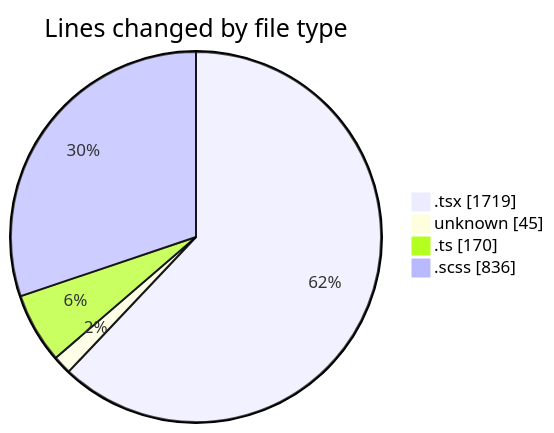
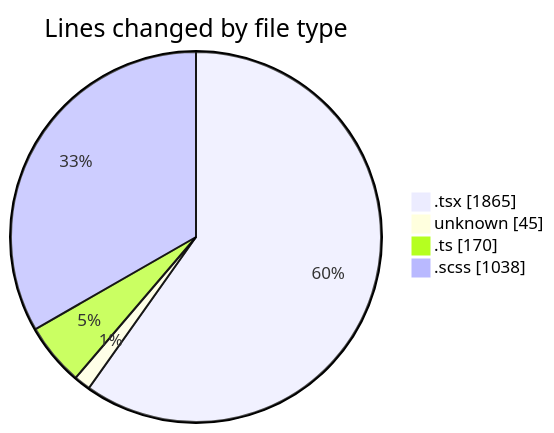
One commit to momahboobian/code-tracking changed the first of 2 diagrams in 2025-09-01/cda/README.md. Above: the diagram before and after it, drawn with Mermaid. The commit also changed other lines of this file and 1 other file, not shown here.

````diff
--- a/2025-09-01/cda/README.md
+++ b/2025-09-01/cda/README.md
@@ -27,8 +27,8 @@
 ```mermaid
 pie showData
 title Lines changed by file type
-".tsx" : 1719
+".tsx" : 1865
 "unknown" : 45
 ".ts" : 170
-".scss" : 836
+".scss" : 1038
 ```
````
